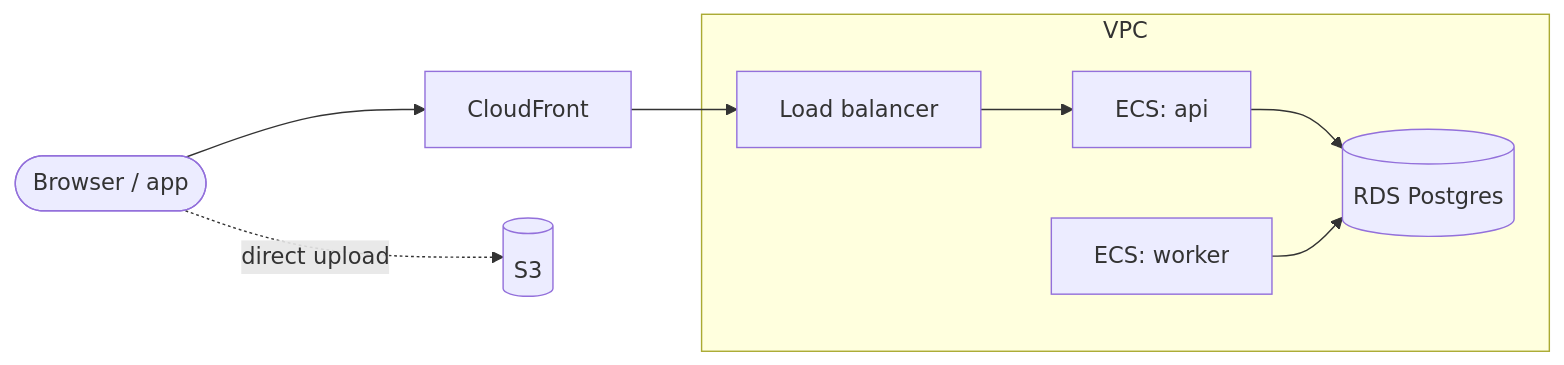
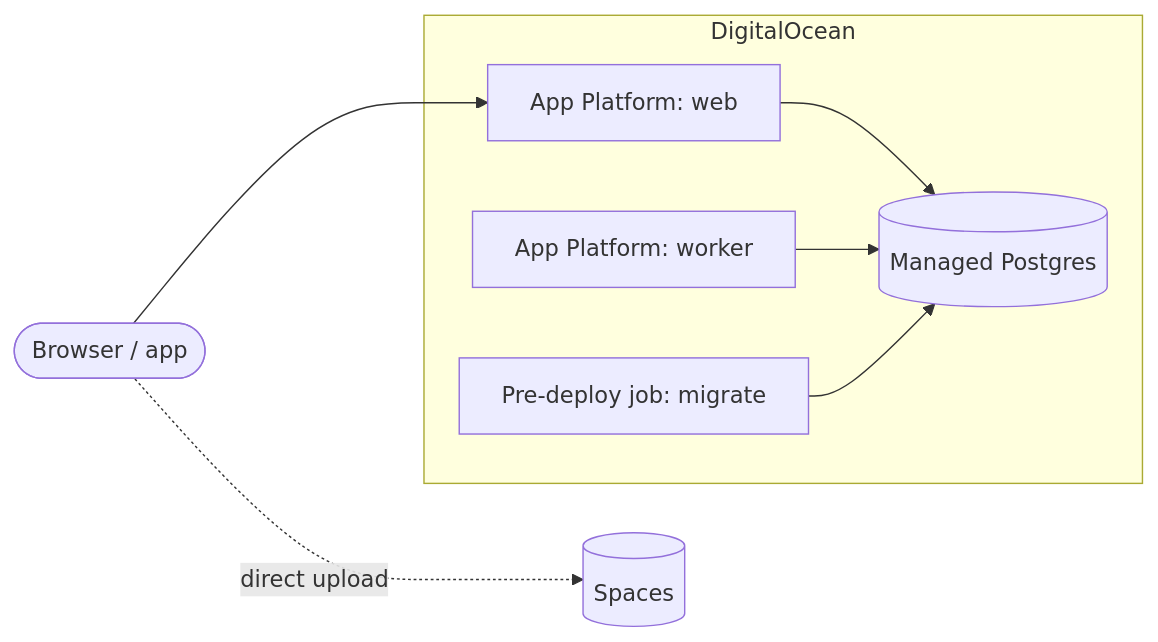
Before and after one commit to hinoahlee/launchpad: the second of 3 diagrams in docs/roadmap/README.md, drawn with Mermaid. The commit also changed other lines of this file and 31 other files, not shown here.

Commit message:
docs: switch deploy target to DigitalOcean; VPS next, AWS optional, Render retired (decision 004)

````diff
--- a/docs/roadmap/README.md
+++ b/docs/roadmap/README.md
@@ -67,10 +69,10 @@
 ```mermaid
 flowchart LR
-  user(["Browser / app"]) --> cf["CloudFront"] --> alb["Load balancer"]
-  subgraph vpc["VPC"]
-    alb --> api["ECS: api"]
-    api --> db[("RDS Postgres")]
-    worker["ECS: worker"] --> db
+  user(["Browser / app"]) --> app["App Platform: web"]
+  subgraph do["DigitalOcean"]
+    app --> db[("Managed Postgres")]
+    worker["App Platform: worker"] --> db
+    job["Pre-deploy job: migrate"] --> db
   end
-  user -. "direct upload" .-> s3[("S3")]
+  user -. "direct upload" .-> spaces[("Spaces")]
 ```
````
